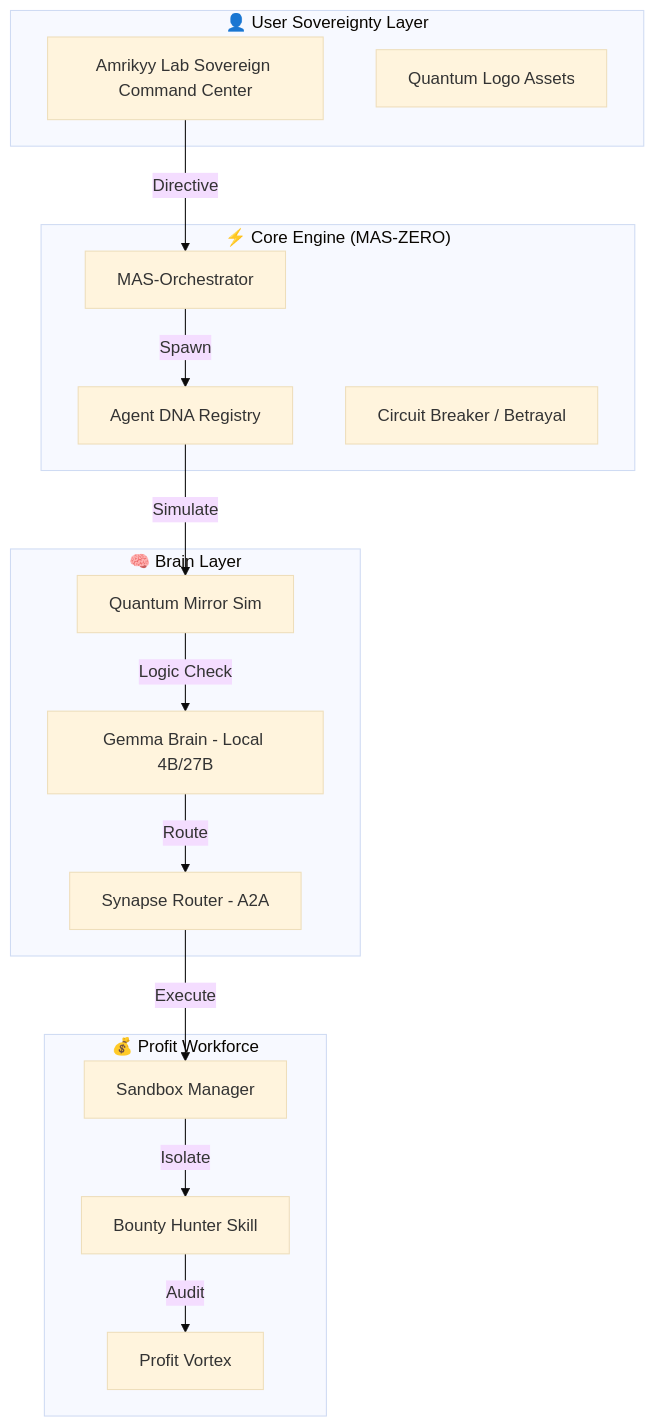
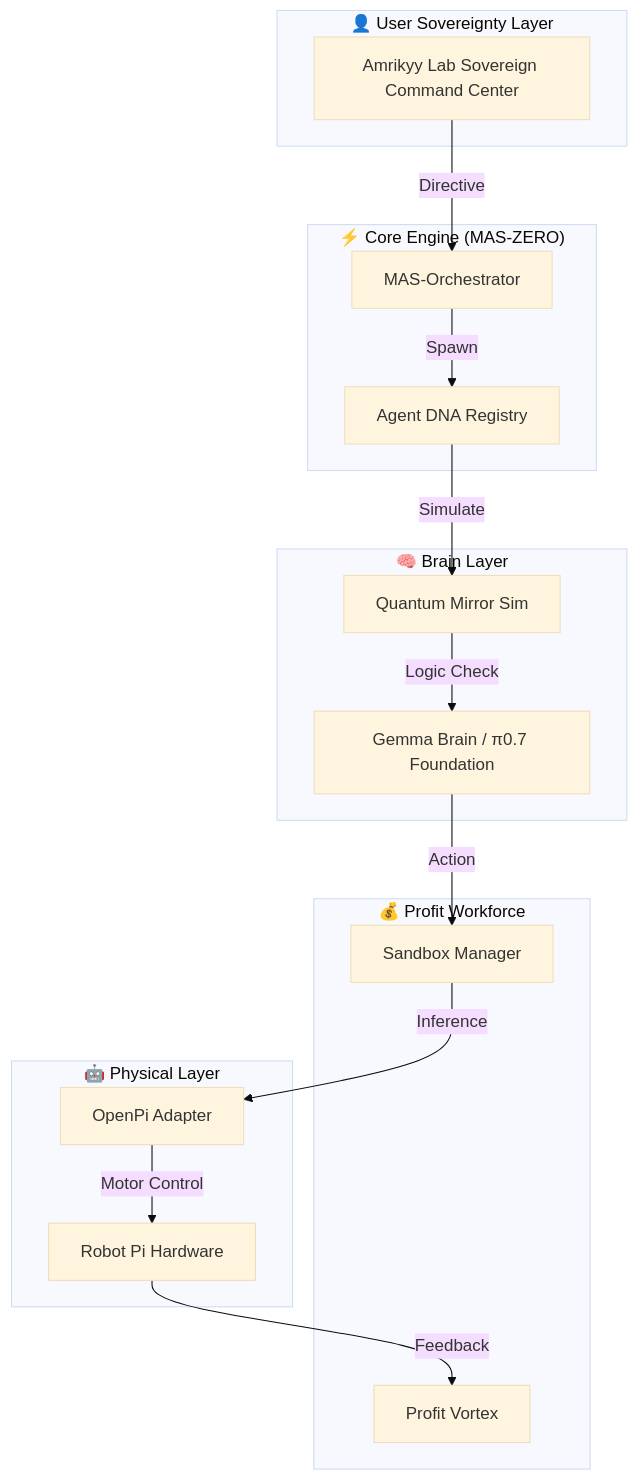
Before and after one commit to AIX-Format/PiWorker-OS: the diagram in README.md, drawn with Mermaid (base theme). The commit also changed other lines of this file and 1 other file, not shown here.

Commit message:
docs: update architecture and readme for physical intelligence integration

````diff
--- a/README.md
+++ b/README.md
@@ -93,34 +93,35 @@
 ```mermaid
 graph TB
     subgraph User["👤 User Sovereignty Layer"]
         UI[Amrikyy Lab Sovereign Command Center]
-        Logo[Quantum Logo Assets]
     end
 
     subgraph Kernel["⚡ Core Engine (MAS-ZERO)"]
         CK[MAS-Orchestrator]
         DNA[Agent DNA Registry]
-        CB[Circuit Breaker / Betrayal]
     end
 
     subgraph Intelligence["🧠 Brain Layer"]
         QM[Quantum Mirror Sim]
-        GB[Gemma Brain - Local 4B/27B]
-        SR[Synapse Router - A2A]
+        GB[Gemma Brain / π0.7 Foundation]
     end
 
     subgraph Execution["💰 Profit Workforce"]
         PV[Profit Vortex]
         SM[Sandbox Manager]
-        BH[Bounty Hunter Skill]
+    end
+
+    subgraph Physical["🤖 Physical Layer"]
+        RP[Robot Pi Hardware]
+        OP[OpenPi Adapter]
     end
 
     UI -->|Directive| CK
     CK -->|Spawn| DNA
     DNA -->|Simulate| QM
     QM -->|Logic Check| GB
-    GB -->|Route| SR
-    SR -->|Execute| SM
-    SM -->|Isolate| BH
-    BH -->|Audit| PV
+    GB -->|Action| SM
+    SM -->|Inference| OP
+    OP -->|Motor Control| RP
+    RP -->|Feedback| PV
 ```
````
